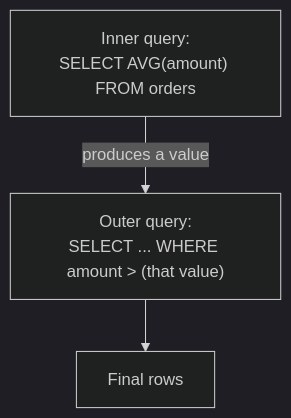
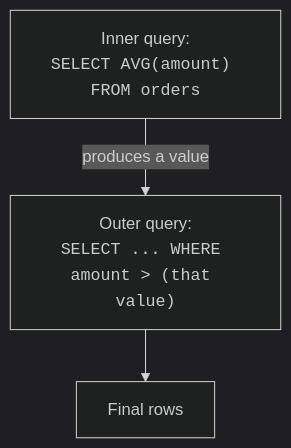
Before and after one commit to dataslope/dataslope: the first of 2 diagrams in content/learn/intro-sql-postgres/subqueries.mdx, drawn with Mermaid (dark theme). The commit also changed 56 other files, not shown here.

````diff
--- a/content/learn/intro-sql-postgres/subqueries.mdx
+++ b/content/learn/intro-sql-postgres/subqueries.mdx
@@ -17,5 +17,5 @@
 ```mermaid
 flowchart TB
-    Inner["Inner query:<br/>SELECT AVG(amount) FROM orders"] -->|"produces a value"| Outer["Outer query:<br/>SELECT ... WHERE amount > (that value)"]
+    Inner["Inner query:<br/><code>SELECT AVG(amount) FROM orders</code>"] -->|"produces a value"| Outer["Outer query:<br/><code>SELECT ... WHERE amount &gt; (that value)</code>"]
     Outer --> Result["Final rows"]
 ```
````
